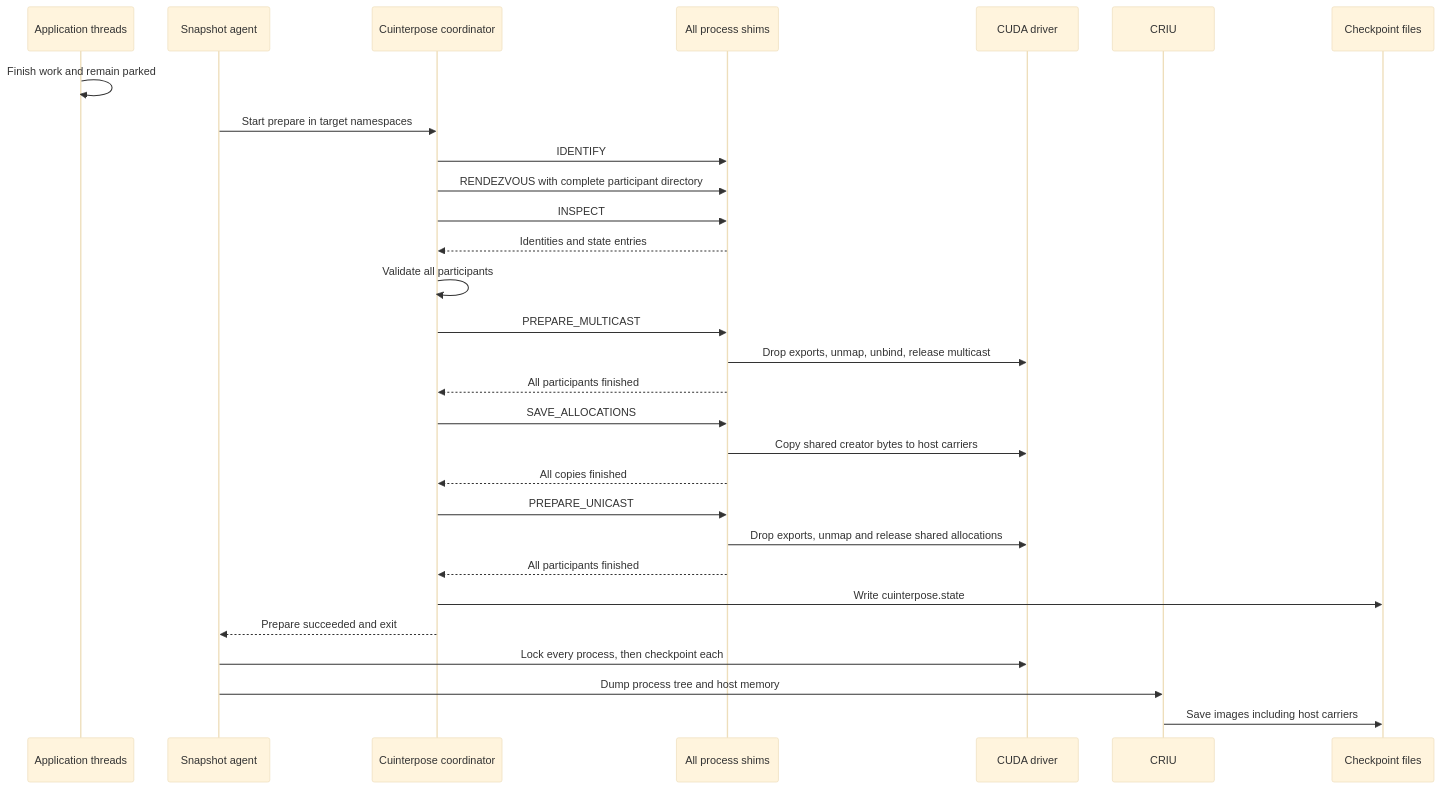
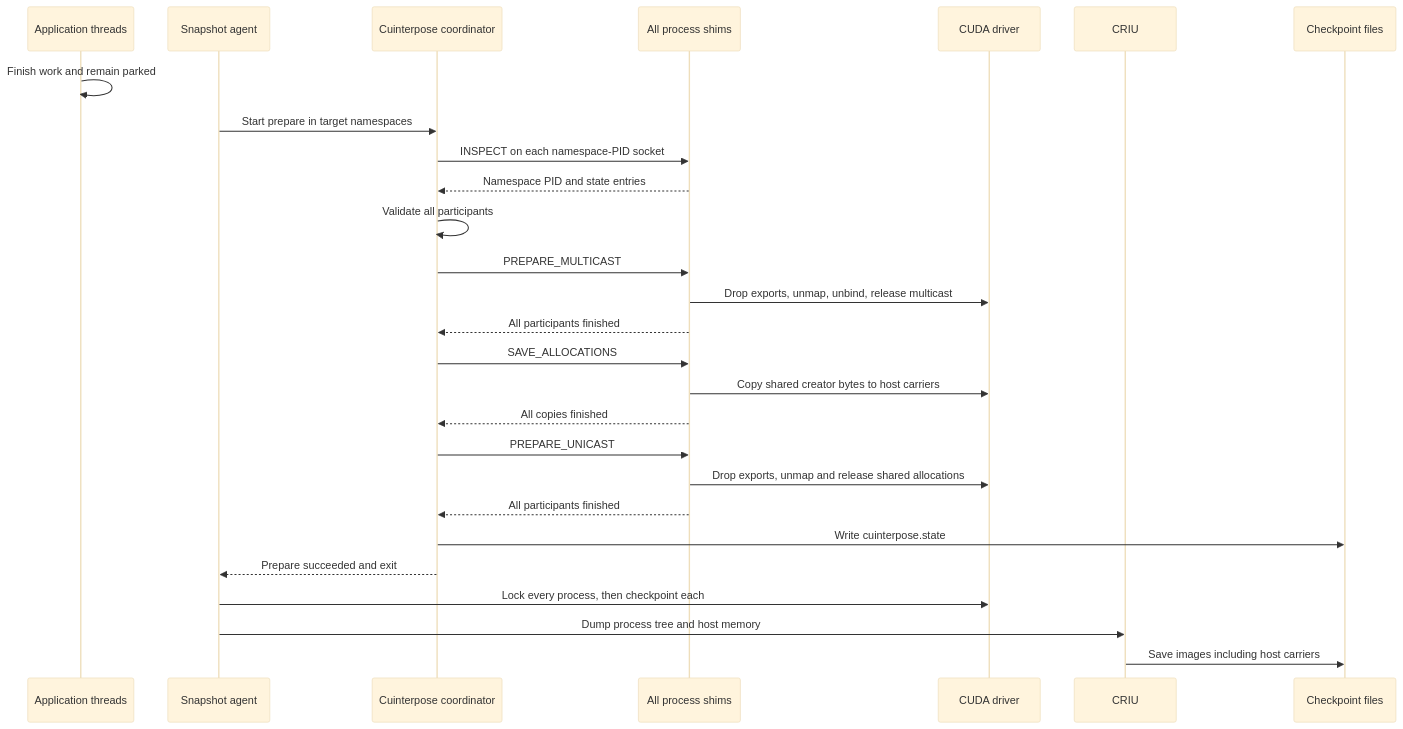
The fourth of 5 diagrams in docs/development/cuinterpose.md (ai-dynamo/snapshot), drawn with Mermaid (base theme) before and after one commit. The commit also changed other lines of this file and 1 other file, not shown here.

````diff
--- a/docs/development/cuinterpose.md
+++ b/docs/development/cuinterpose.md
@@ -332,31 +343,29 @@
 ```mermaid
 sequenceDiagram
     participant App as Application threads
     participant Agent as Snapshot agent
     participant Coord as Cuinterpose coordinator
     participant Shims as All process shims
     participant CUDA as CUDA driver
     participant CRIU as CRIU
     participant Files as Checkpoint files
     App->>App: Finish work and remain parked
     Agent->>Coord: Start prepare in target namespaces
-    Coord->>Shims: IDENTIFY
-    Coord->>Shims: RENDEZVOUS with complete participant directory
-    Coord->>Shims: INSPECT
-    Shims-->>Coord: Identities and state entries
+    Coord->>Shims: INSPECT on each namespace-PID socket
+    Shims-->>Coord: Namespace PID and state entries
     Coord->>Coord: Validate all participants
     Coord->>Shims: PREPARE_MULTICAST
     Shims->>CUDA: Drop exports, unmap, unbind, release multicast
     Shims-->>Coord: All participants finished
     Coord->>Shims: SAVE_ALLOCATIONS
     Shims->>CUDA: Copy shared creator bytes to host carriers
     Shims-->>Coord: All copies finished
     Coord->>Shims: PREPARE_UNICAST
     Shims->>CUDA: Drop exports, unmap and release shared allocations
     Shims-->>Coord: All participants finished
     Coord->>Files: Write cuinterpose.state
     Coord-->>Agent: Prepare succeeded and exit
     Agent->>CUDA: Lock every process, then checkpoint each
     Agent->>CRIU: Dump process tree and host memory
     CRIU->>Files: Save images including host carriers
 ```
````
